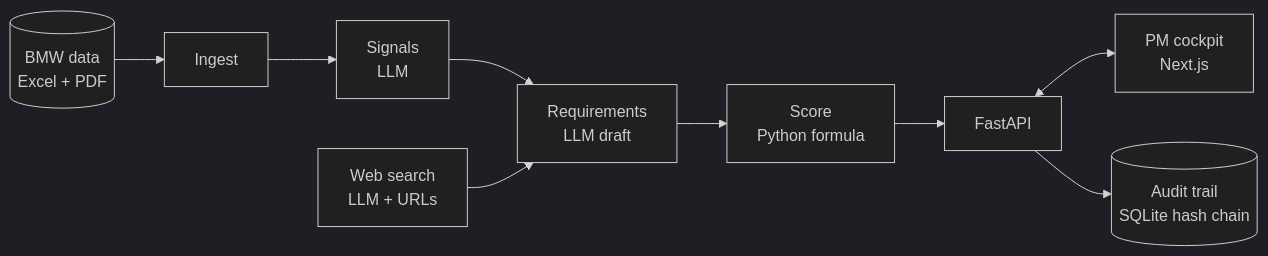
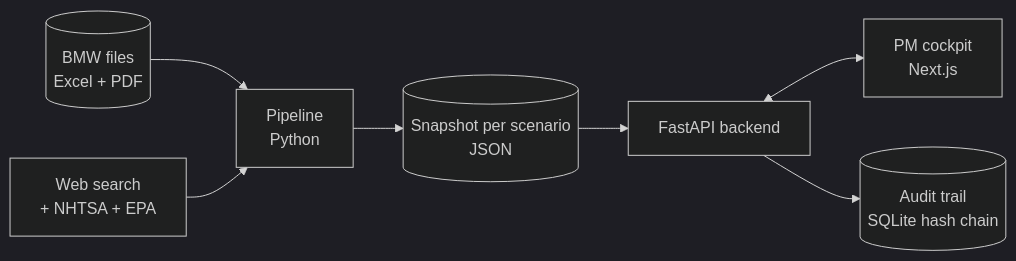
Before and after one commit to PiyushPapaya/TUMHackathon26: the second of 2 diagrams in README.md, drawn with Mermaid (dark theme). The commit also changed other lines of this file and 28 other files, not shown here.

````diff
--- a/README.md
+++ b/README.md
@@ -111,8 +201,9 @@
 ```mermaid
 flowchart LR
-  RAW[(BMW data<br/>Excel + PDF)] --> ING[Ingest] --> SIG[Signals<br/>LLM] --> REQ[Requirements<br/>LLM draft]
-  WEB[Web search<br/>LLM + URLs] --> REQ
-  REQ --> SCORE[Score<br/>Python formula] --> API[FastAPI]
+  RAW[(BMW files<br/>Excel + PDF)] --> PIPE[Pipeline<br/>Python]
+  WEB[Web search<br/>+ NHTSA + EPA] --> PIPE
+  PIPE --> JSON[(Snapshot per scenario<br/>JSON)]
+  JSON --> API[FastAPI backend]
   API <--> UI[PM cockpit<br/>Next.js]
   API --> AUD[(Audit trail<br/>SQLite hash chain)]
 ```
````
